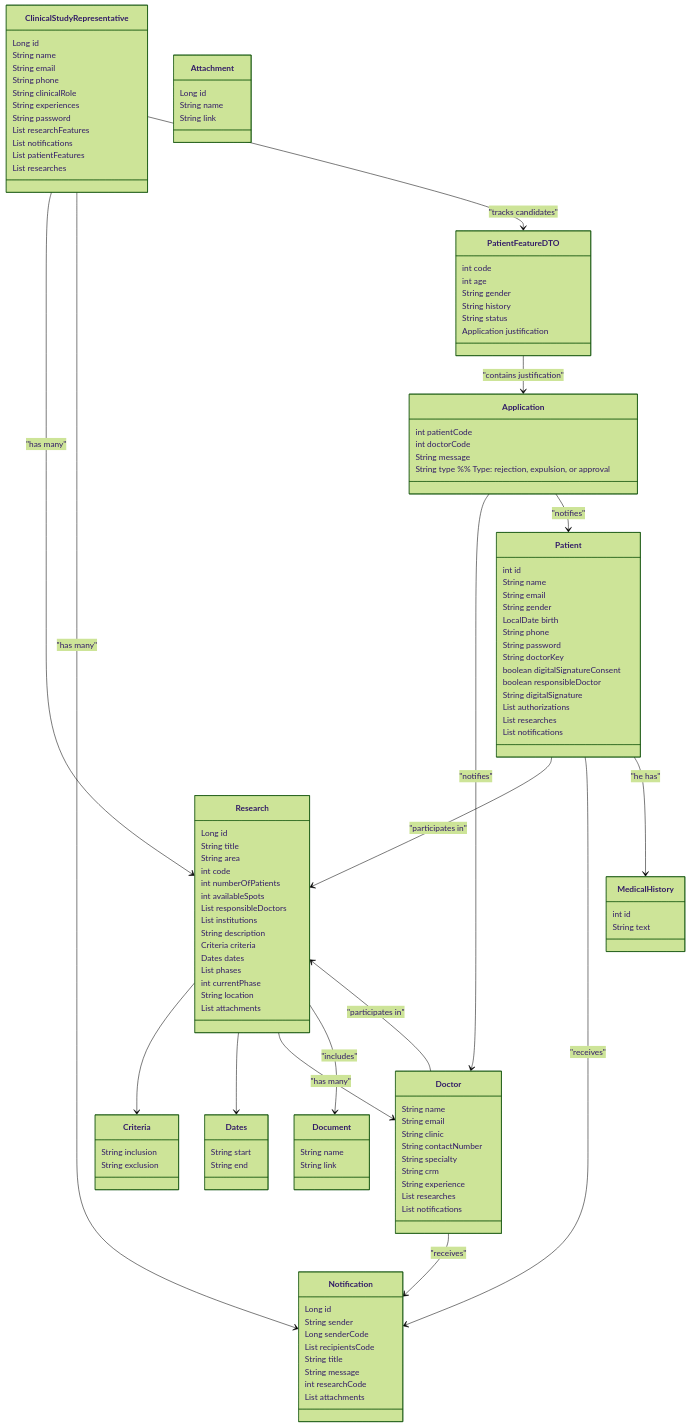
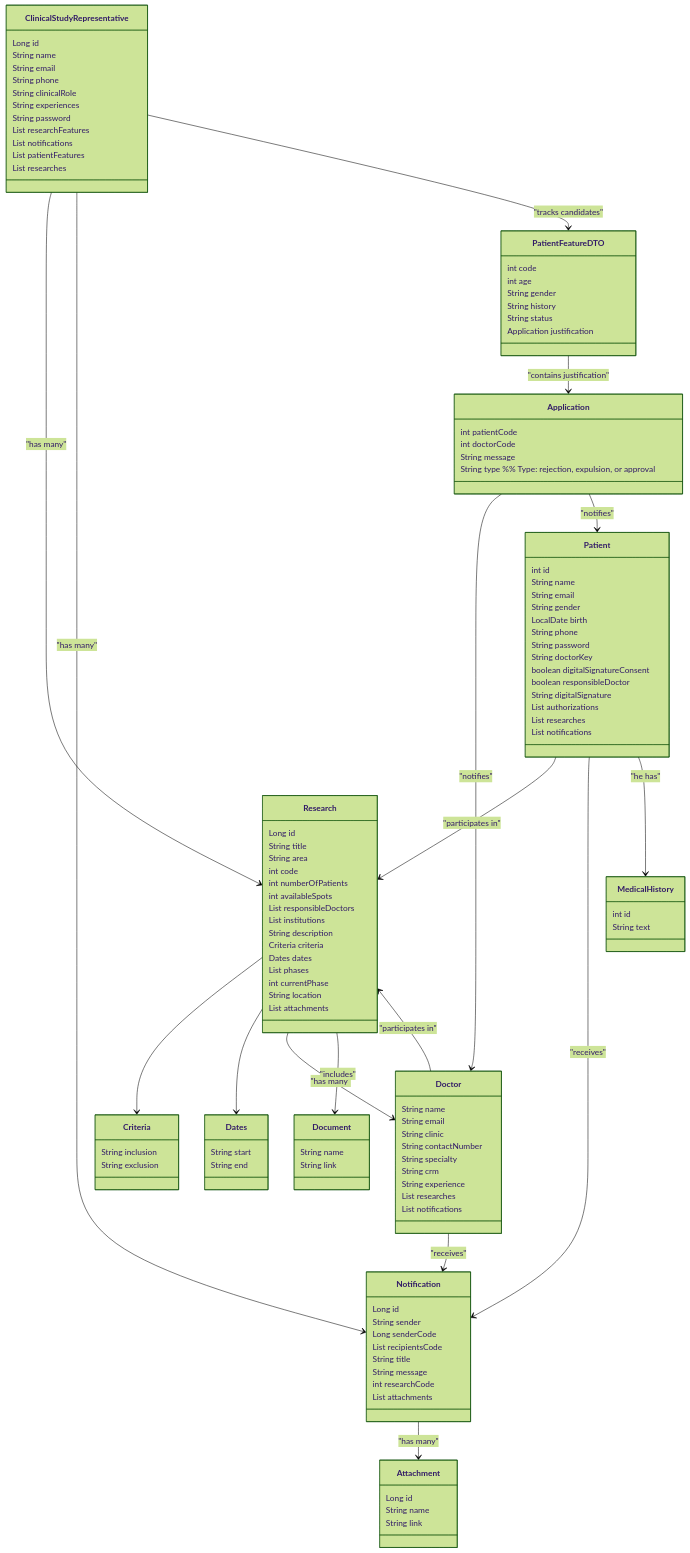
The third of 15 diagrams in README.md (andrefilipe1310/inovamed-), drawn with Mermaid (forest theme) before and after one commit.

```diff
--- a/README.md
+++ b/README.md
@@ -172,6 +172,7 @@
     Research --> Document : "includes"
     Doctor --> Research : "participates in"
     Doctor --> Notification : "receives"
+    Notification --> Attachment : "has many"
     Patient --> Research : "participates in"
     Patient --> Notification : "receives"
     Patient --> MedicalHistory : "he has"
```
